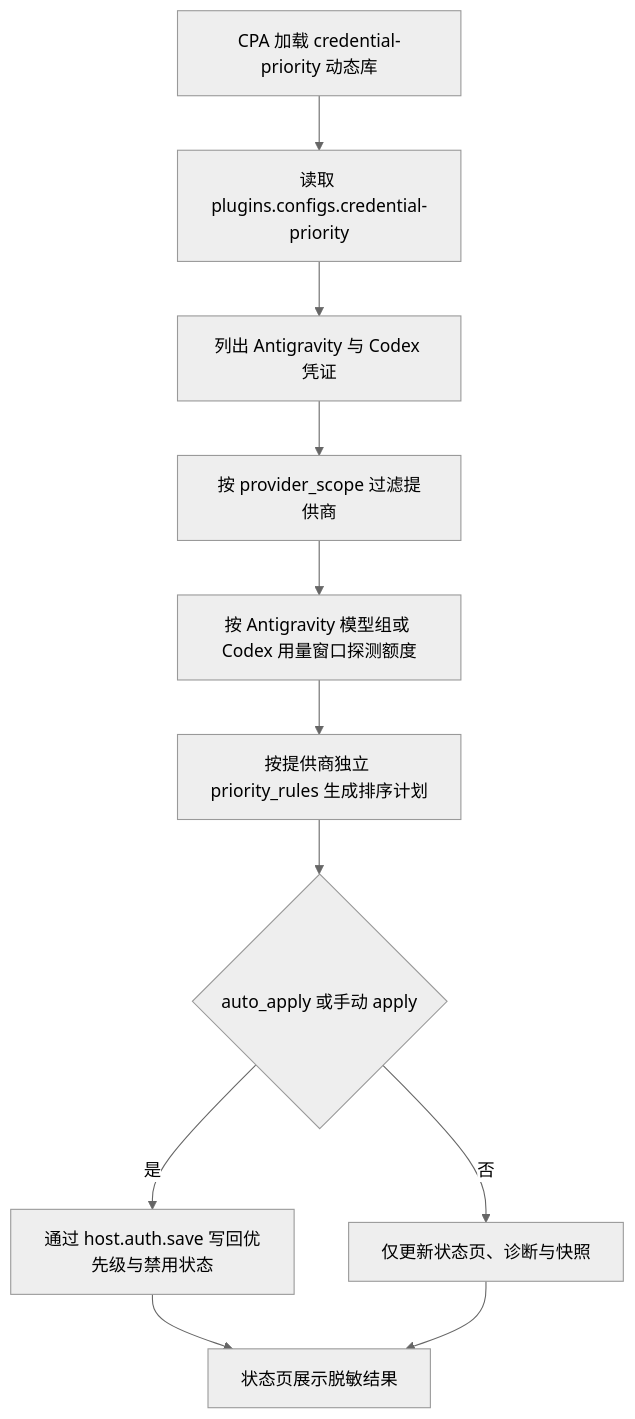
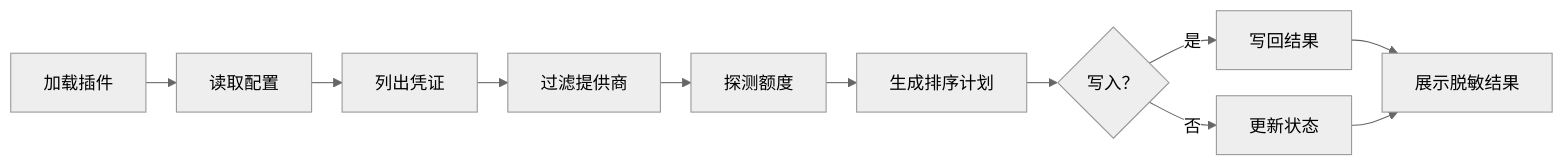
One commit to Cody292/credential-priority changed the diagram in README.md. Above: the diagram before and after it, drawn with Mermaid (neutral theme). The commit also changed other lines of this file and 1 other file, not shown here.

````diff
--- a/README.md
+++ b/README.md
@@ -26,13 +29,14 @@
 ```mermaid
-flowchart TD
-    A[CPA 加载 credential-priority 动态库] --> B[读取 plugins.configs.credential-priority]
-    B --> C[列出 Antigravity 与 Codex 凭证]
-    C --> D[按 provider_scope 过滤提供商]
-    D --> E[按 Antigravity 模型组或 Codex 用量窗口探测额度]
-    E --> F[按提供商独立 priority_rules 生成排序计划]
-    F --> G{auto_apply 或手动 apply}
-    G -->|是| H[通过 host.auth.save 写回优先级与禁用状态]
-    G -->|否| I[仅更新状态页、诊断与快照]
-    H --> J[状态页展示脱敏结果]
+%%{init: {"flowchart": {"nodeSpacing": 24, "rankSpacing": 28}} }%%
+flowchart LR
+    A[加载插件] --> B[读取配置]
+    B --> C[列出凭证]
+    C --> D[过滤提供商]
+    D --> E[探测额度]
+    E --> F[生成排序计划]
+    F --> G{写入？}
+    G -->|是| H[写回结果]
+    G -->|否| I[更新状态]
+    H --> J[展示脱敏结果]
     I --> J
 ```
````
